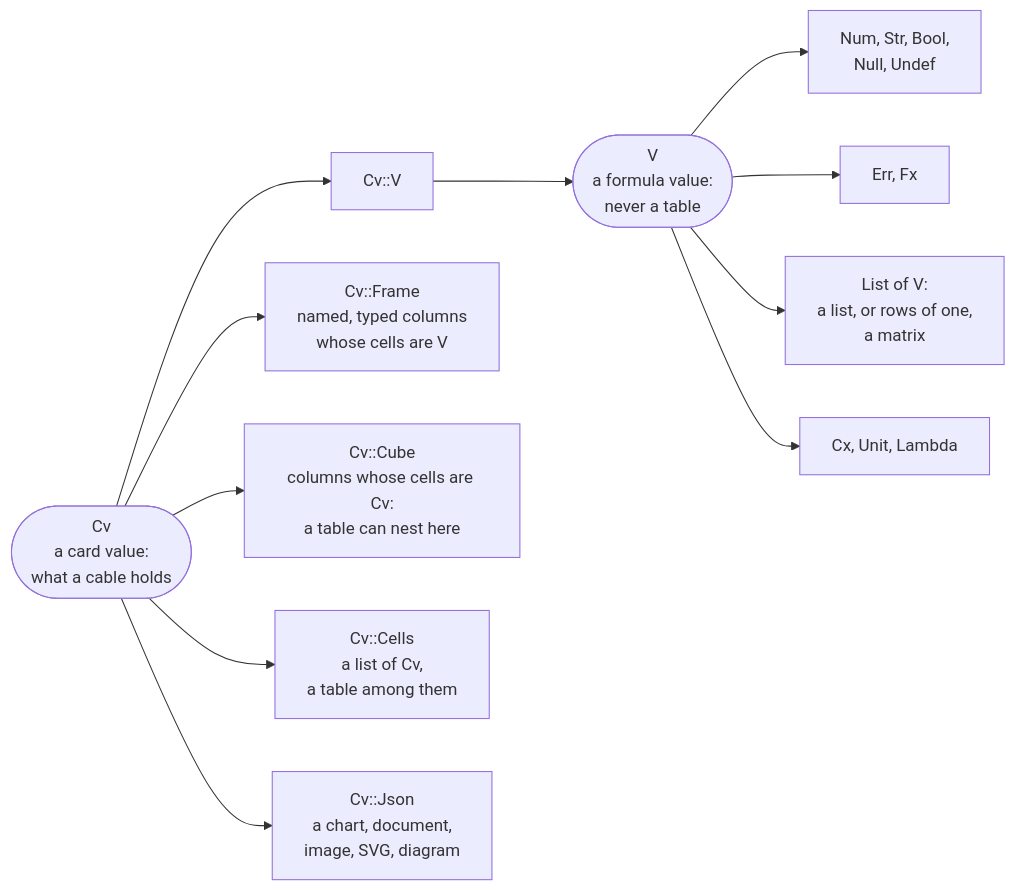
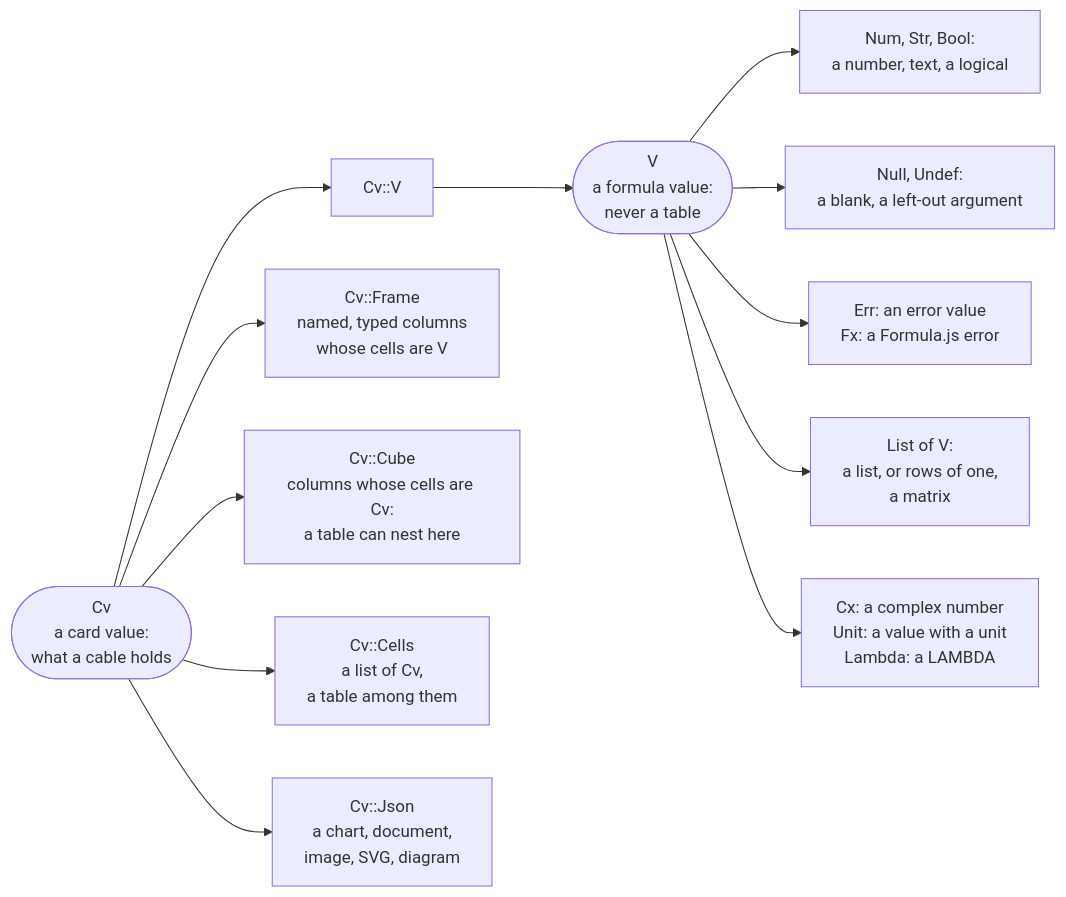
The second of 5 diagrams in tree/specs/computation/node-bodies.md (bubba8587/solenoid), drawn with Mermaid before and after one commit. The commit also changed 10 other files, not shown here.

First line of the commit message:
Spell out diagram jargon in its own spec; add grouping diagrams

````diff
--- a/tree/specs/computation/node-bodies.md
+++ b/tree/specs/computation/node-bodies.md
@@ -76,14 +76,15 @@
 ```mermaid
 flowchart LR
     Cv(["Cv<br>a card value:<br>what a cable holds"])
     Cv --> CvV["Cv::V"]
     Cv --> F["Cv::Frame<br>named, typed columns<br>whose cells are V"]
     Cv --> C["Cv::Cube<br>columns whose cells are Cv:<br>a table can nest here"]
     Cv --> L["Cv::Cells<br>a list of Cv,<br>a table among them"]
     Cv --> J["Cv::Json<br>a chart, document,<br>image, SVG, diagram"]
     CvV --> V(["V<br>a formula value:<br>never a table"])
-    V --> s1["Num, Str, Bool,<br>Null, Undef"]
-    V --> s2["Err, Fx"]
+    V --> s1["Num, Str, Bool:<br>a number, text, a logical"]
+    V --> s0["Null, Undef:<br>a blank, a left-out argument"]
+    V --> s2["Err: an error value<br>Fx: a Formula.js error"]
     V --> s3["List of V:<br>a list, or rows of one,<br>a matrix"]
-    V --> s4["Cx, Unit, Lambda"]
+    V --> s4["Cx: a complex number<br>Unit: a value with a unit<br>Lambda: a LAMBDA"]
 ```
````
